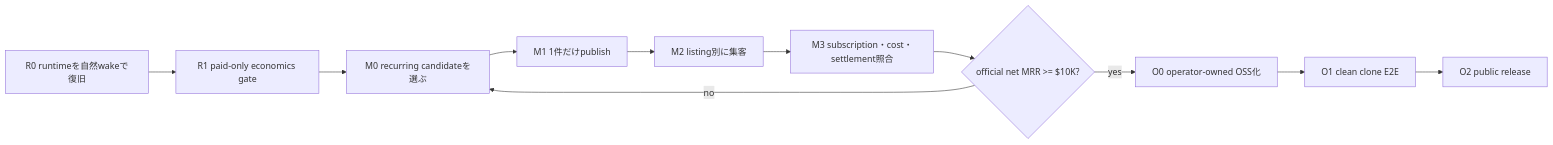
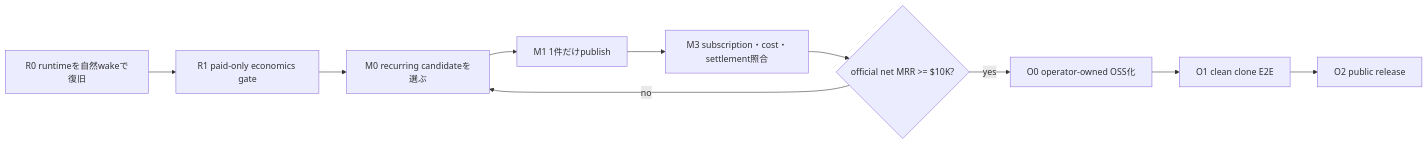
The first of 6 diagrams in specs/29-CAPAFY-10K-MRR-CLOSED-LOOP.md (Daisuke134/life-manager), drawn with Mermaid before and after one commit. The commit also changed other lines of this file and 11 other files, not shown here.

````diff
--- a/specs/29-CAPAFY-10K-MRR-CLOSED-LOOP.md
+++ b/specs/29-CAPAFY-10K-MRR-CLOSED-LOOP.md
@@ -13,13 +13,12 @@
 ```mermaid
 flowchart LR
   R0["R0 runtimeを自然wakeで復旧"] --> R1["R1 paid-only economics gate"]
   R1 --> M0["M0 recurring candidateを選ぶ"]
   M0 --> M1["M1 1件だけpublish"]
-  M1 --> M2["M2 listing別に集客"]
-  M2 --> M3["M3 subscription・cost・settlement照合"]
+  M1 --> M3["M3 subscription・cost・settlement照合"]
   M3 --> M4{"official net MRR >= $10K?"}
   M4 -- no --> M0
   M4 -- yes --> O0["O0 operator-owned OSS化"]
   O0 --> O1["O1 clean clone E2E"]
   O1 --> O2["O2 public release"]
 ```
````
